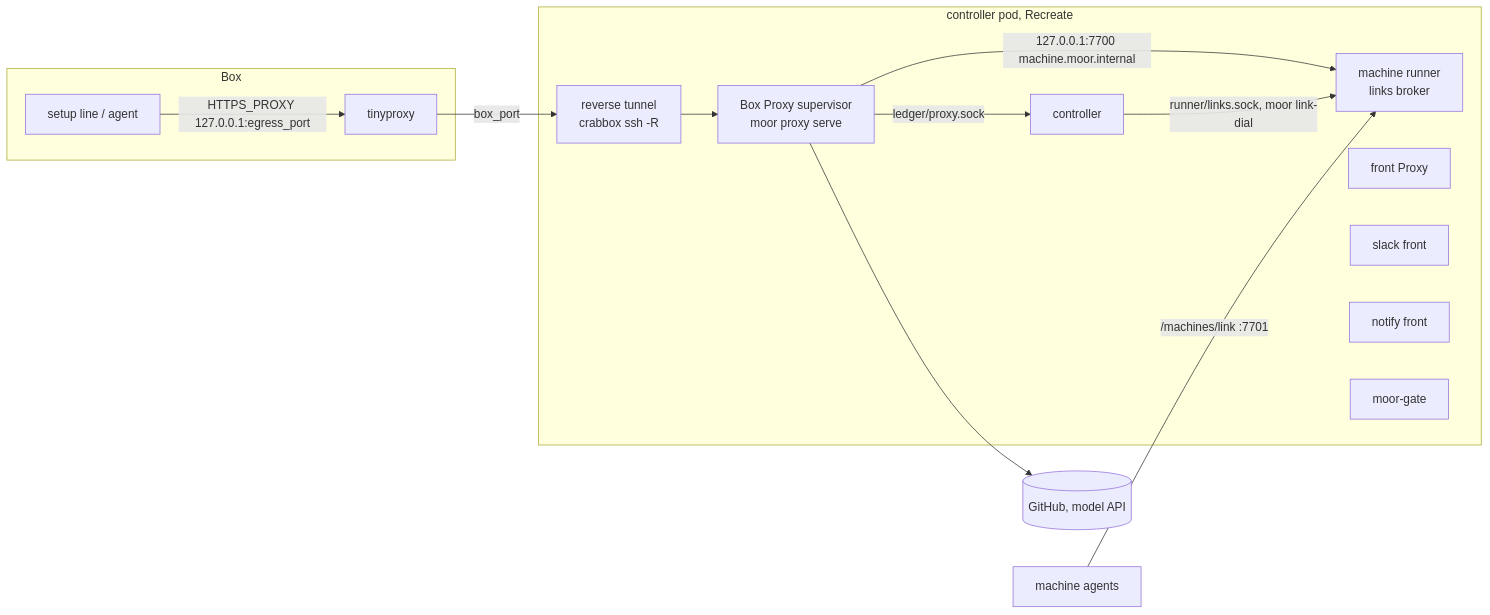
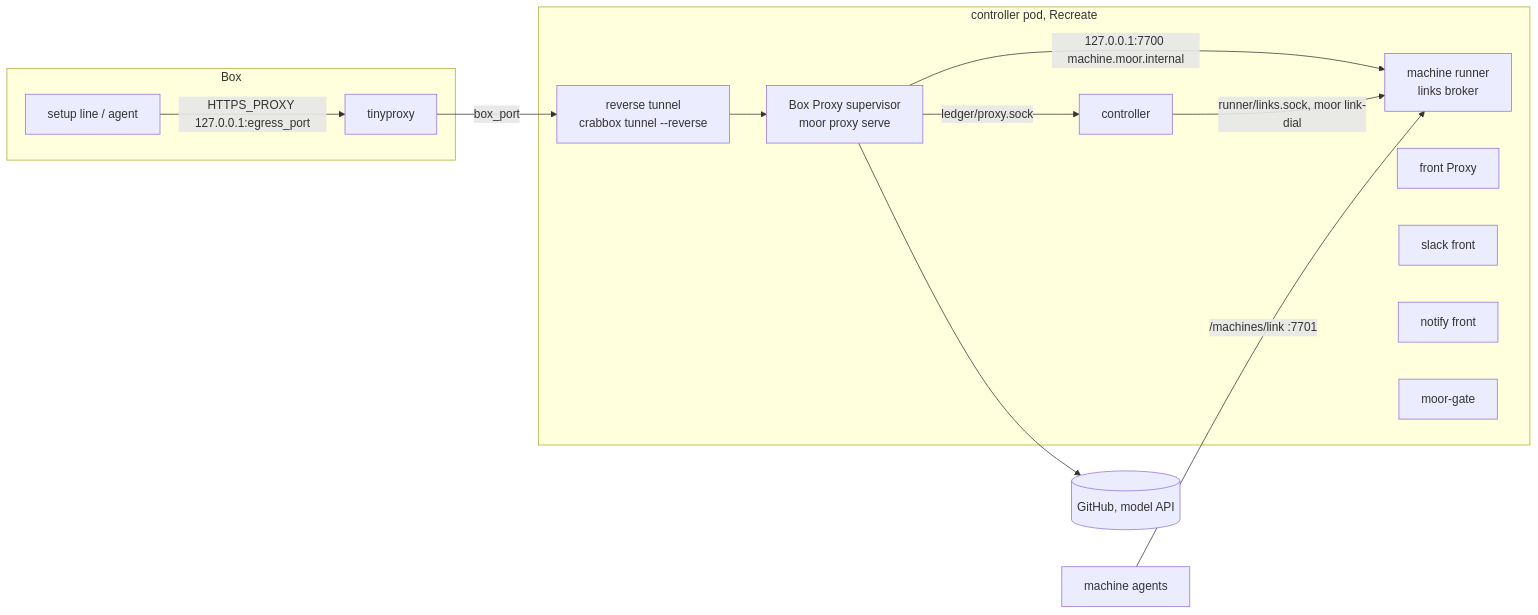
The first of 5 diagrams in docs/specs/deploy-invisible-boxes.md (IniZio/moor), drawn with Mermaid before and after one commit. The commit also changed other lines of this file, not shown here.

````diff
--- a/docs/specs/deploy-invisible-boxes.md
+++ b/docs/specs/deploy-invisible-boxes.md
@@ -17,22 +17,22 @@
 ```mermaid
 flowchart LR
   subgraph Box
     line[setup line / agent] -->|HTTPS_PROXY 127.0.0.1:egress_port| tiny[tinyproxy]
   end
   subgraph pod[controller pod, Recreate]
     ctl[controller]
     sup[Box Proxy supervisor<br/>moor proxy serve]
-    tun[reverse tunnel<br/>crabbox ssh -R]
+    tun[reverse tunnel<br/>crabbox tunnel --reverse]
     run[machine runner<br/>links broker]
     fp[front Proxy]
     slack[slack front]
     notify[notify front]
     gate[moor-gate]
   end
   tiny -->|box_port| tun --> sup
   sup -->|ledger/proxy.sock| ctl
   sup -->|127.0.0.1:7700 machine.moor.internal| run
   ctl -->|runner/links.sock, moor link-dial| run
   agents[machine agents] -->|/machines/link :7701| run
   sup --> upstream[(GitHub, model API)]
 ```
````
